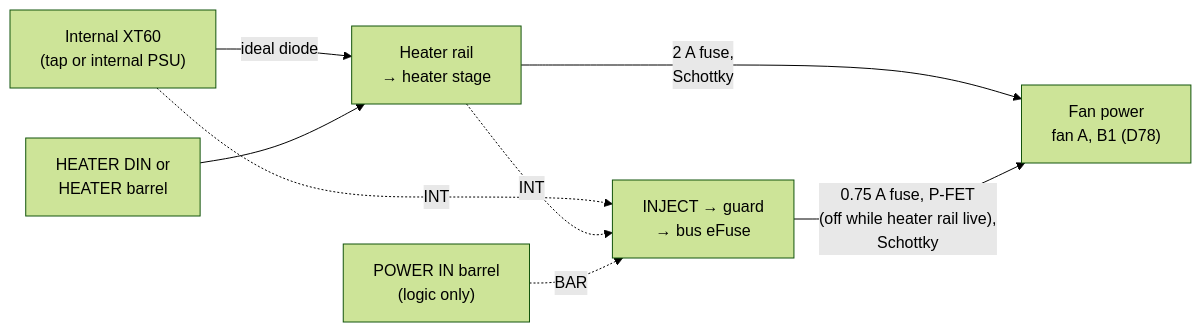
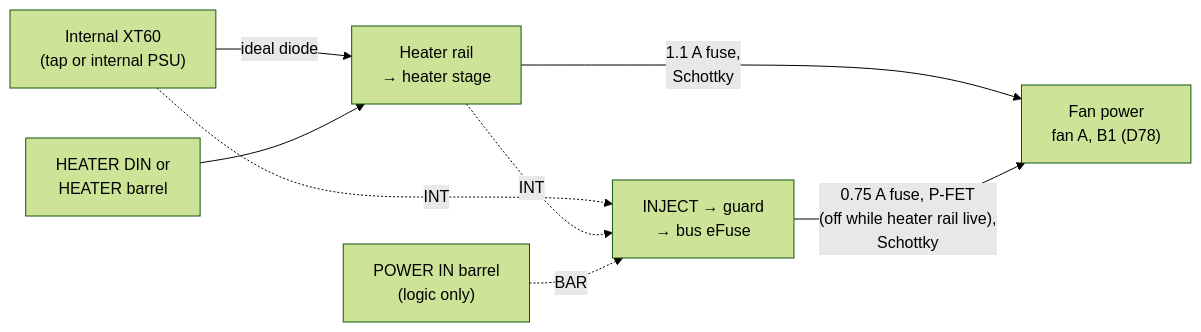
Before and after one commit to BashfulBits/3dp-fleet-exhaust: the second of 3 diagrams in docs/02_hardware_specification.md, drawn with Mermaid (forest theme). The commit also changed other lines of this file and 6 other files, not shown here.

````diff
--- a/docs/02_hardware_specification.md
+++ b/docs/02_hardware_specification.md
@@ -68,10 +68,10 @@
 ```mermaid
 flowchart LR
   HIN["Internal XT60<br>(tap or internal PSU)"] -->|"ideal diode"| HR["Heater rail<br>→ heater stage"]
   HB["HEATER DIN or<br>HEATER barrel"] --> HR
   HIN -.->|"INT"| EF["INJECT → guard<br>→ bus eFuse"]
   HR -.->|"INT"| EF
   BAR["POWER IN barrel<br>(logic only)"] -.->|"BAR"| EF
-  HR -->|"2 A fuse,<br>Schottky"| FF["Fan power<br>fan A, B1 (D78)"]
+  HR -->|"1.1 A fuse,<br>Schottky"| FF["Fan power<br>fan A, B1 (D78)"]
   EF -->|"0.75 A fuse, P-FET<br>(off while heater rail live),<br>Schottky"| FF
 ```
````
